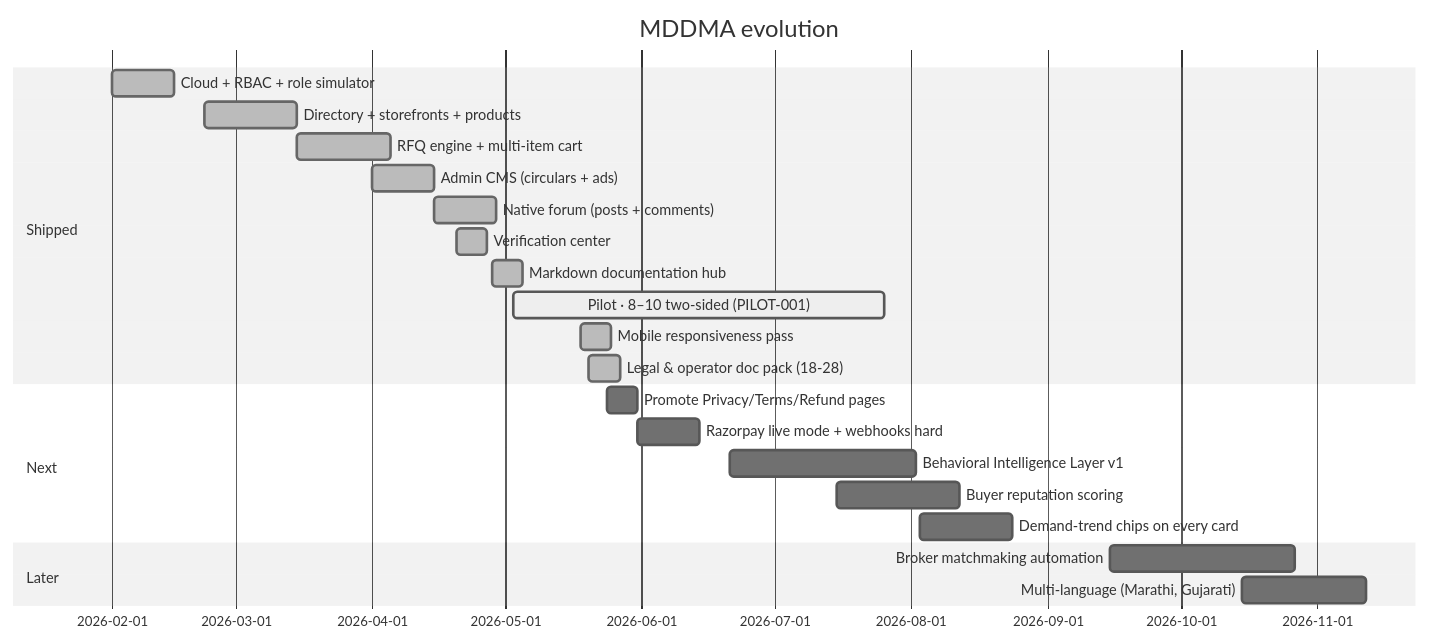
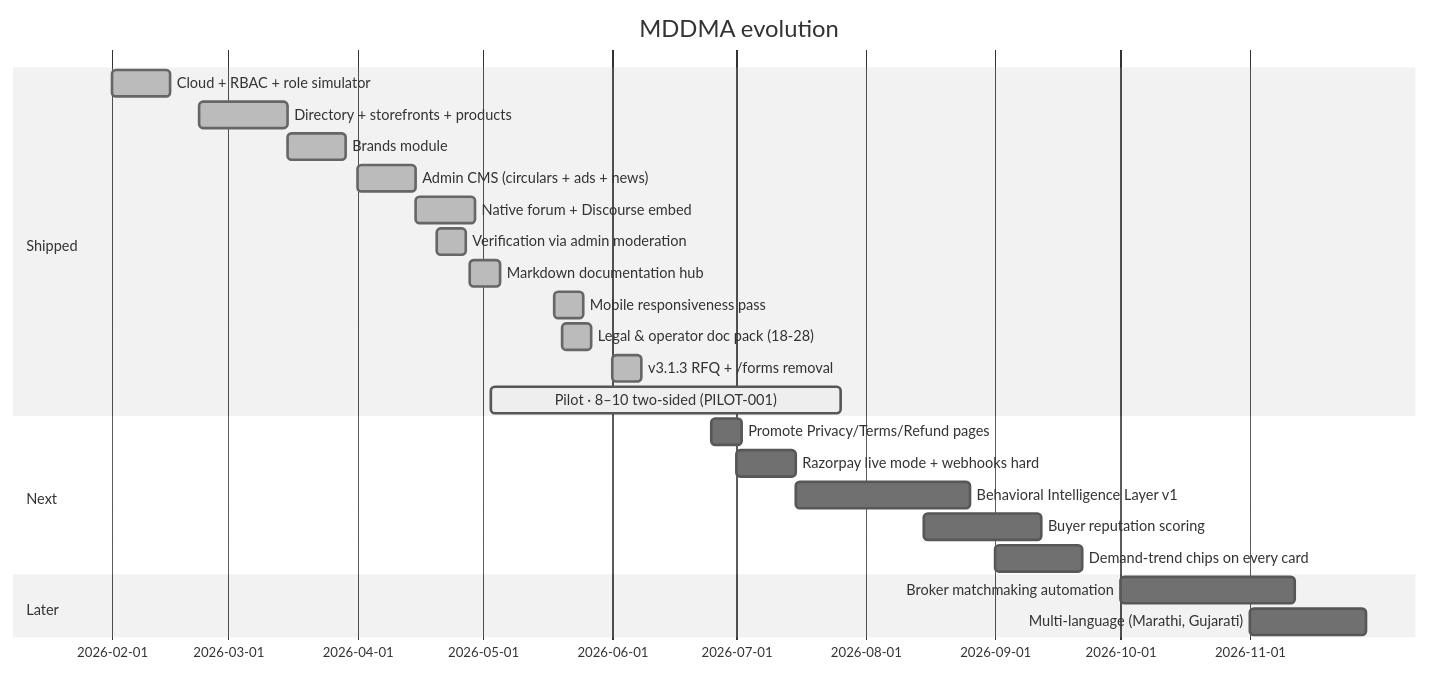
The second of 2 diagrams in src/content/docs/06-build-and-operations.md (arka97/mddma-test), drawn with Mermaid (neutral theme) before and after one commit. The commit also changed other lines of this file and 6 other files, not shown here.

````diff
--- a/src/content/docs/06-build-and-operations.md
+++ b/src/content/docs/06-build-and-operations.md
@@ -93,25 +103,26 @@
 ```mermaid
 gantt
   title MDDMA evolution
   dateFormat YYYY-MM-DD
   section Shipped
   Cloud + RBAC + role simulator      :done, 2026-02-01, 2w
   Directory + storefronts + products :done, 2026-02-22, 3w
-  RFQ engine + multi-item cart       :done, 2026-03-15, 3w
-  Admin CMS (circulars + ads)        :done, 2026-04-01, 2w
-  Native forum (posts + comments)    :done, 2026-04-15, 2w
-  Verification center                :done, 2026-04-20, 1w
+  Brands module                      :done, 2026-03-15, 2w
+  Admin CMS (circulars + ads + news) :done, 2026-04-01, 2w
+  Native forum + Discourse embed     :done, 2026-04-15, 2w
+  Verification via admin moderation  :done, 2026-04-20, 1w
   Markdown documentation hub         :done, 2026-04-28, 1w
-  Pilot · 8–10 two-sided (PILOT-001) :active, 2026-05-03, 12w
   Mobile responsiveness pass         :done, 2026-05-18, 1w
   Legal & operator doc pack (18-28)  :done, 2026-05-20, 1w
+  v3.1.3 RFQ + /forms removal        :done, 2026-06-01, 1w
+  Pilot · 8–10 two-sided (PILOT-001) :active, 2026-05-03, 12w
   section Next
-  Promote Privacy/Terms/Refund pages :2026-05-24, 1w
-  Razorpay live mode + webhooks hard :2026-05-31, 2w
-  Behavioral Intelligence Layer v1   :2026-06-21, 6w
-  Buyer reputation scoring           :2026-07-15, 4w
-  Demand-trend chips on every card   :2026-08-03, 3w
+  Promote Privacy/Terms/Refund pages :2026-06-25, 1w
+  Razorpay live mode + webhooks hard :2026-07-01, 2w
+  Behavioral Intelligence Layer v1   :2026-07-15, 6w
+  Buyer reputation scoring           :2026-08-15, 4w
+  Demand-trend chips on every card   :2026-09-01, 3w
   section Later
-  Broker matchmaking automation      :2026-09-15, 6w
-  Multi-language (Marathi, Gujarati) :2026-10-15, 4w
+  Broker matchmaking automation      :2026-10-01, 6w
+  Multi-language (Marathi, Gujarati) :2026-11-01, 4w
 ```
````
